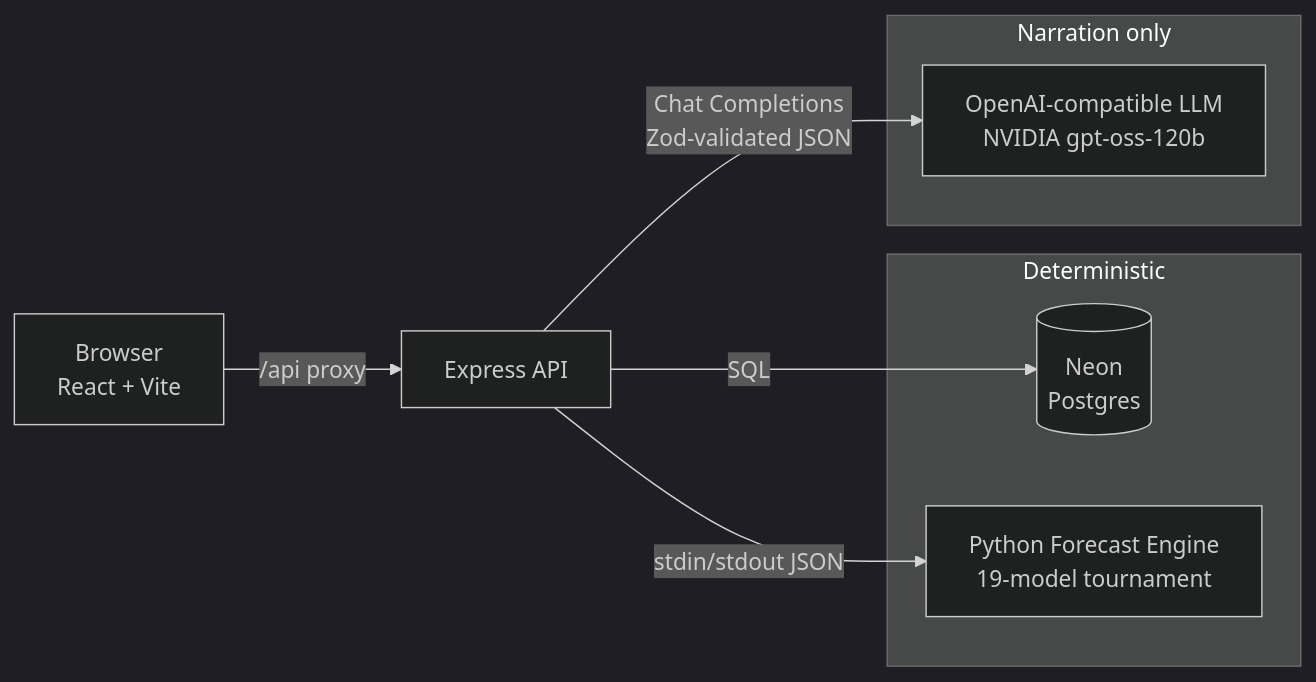
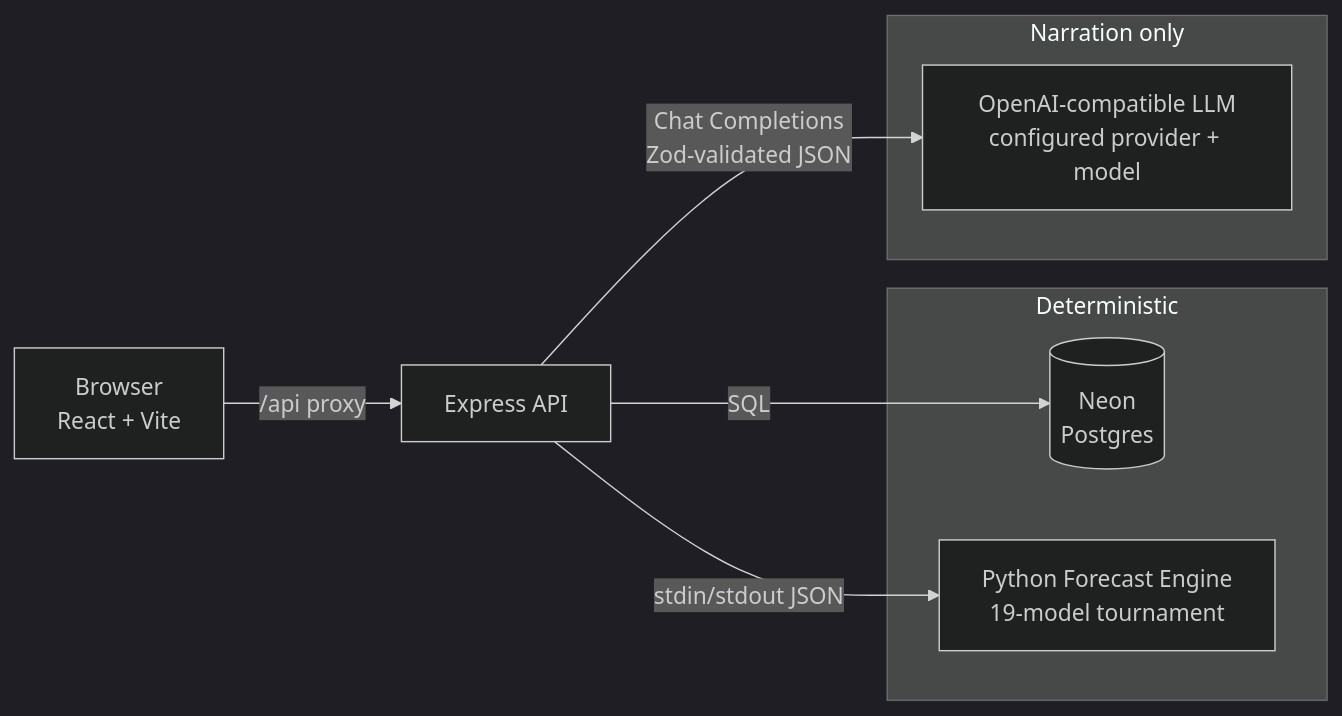
The first of 3 diagrams in README.md (migueloip/ai-forecast-studio), drawn with Mermaid (dark theme) before and after one commit. The commit also changed other lines of this file, not shown here.

````diff
--- a/README.md
+++ b/README.md
@@ -85,15 +88,15 @@
 ```mermaid
 flowchart LR
     U[Browser<br/>React + Vite] -->|/api proxy| A[Express API]
     A -->|SQL| N[(Neon<br/>Postgres)]
-    A -->|Chat Completions<br/>Zod-validated JSON| L[OpenAI-compatible LLM<br/>NVIDIA gpt-oss-120b]
+    A -->|Chat Completions<br/>Zod-validated JSON| L[OpenAI-compatible LLM<br/>configured provider + model]
     A -->|stdin/stdout JSON| P[Python Forecast Engine<br/>19-model tournament]
 
     subgraph Deterministic
         N
         P
     end
     subgraph Narration only
         L
     end
 ```
````
